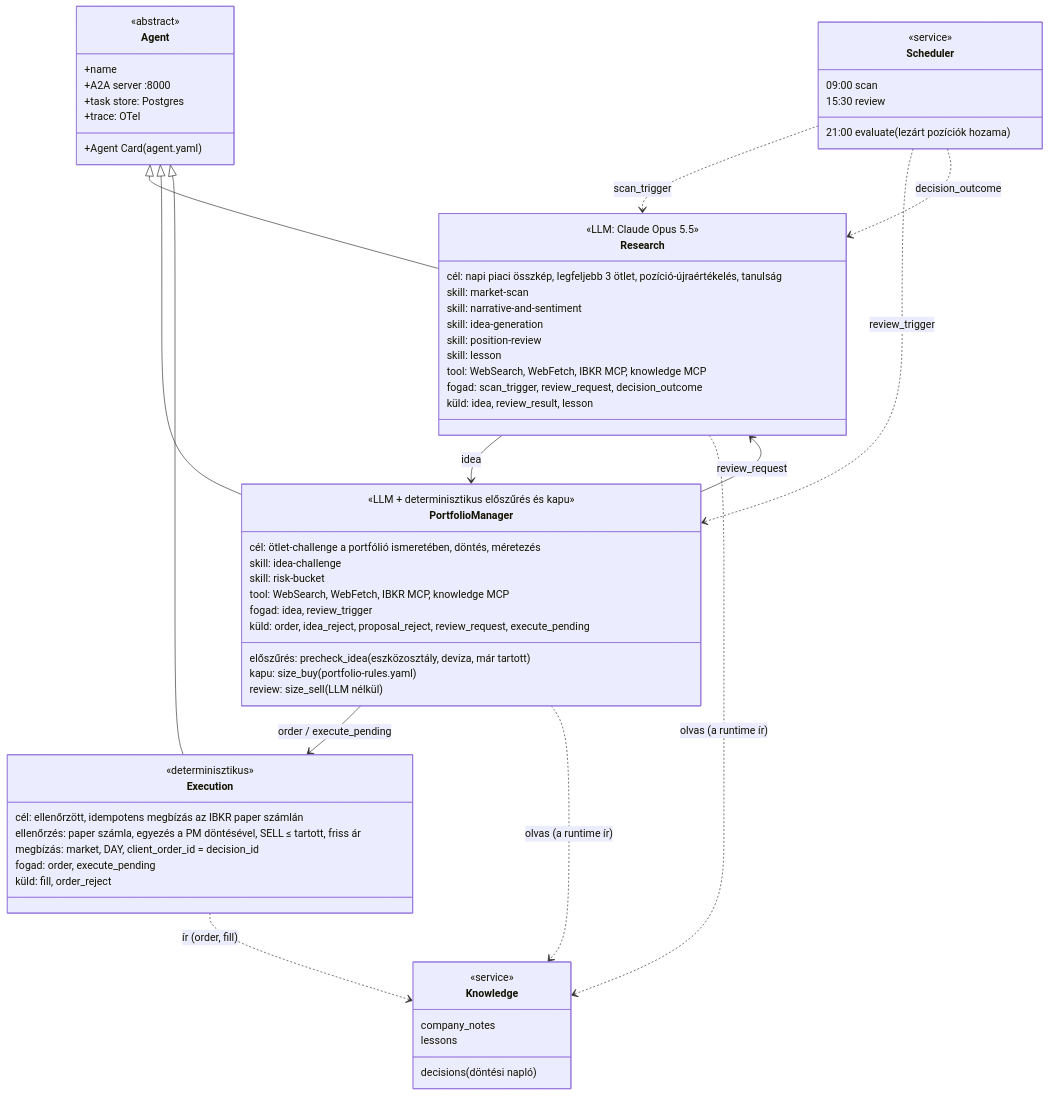
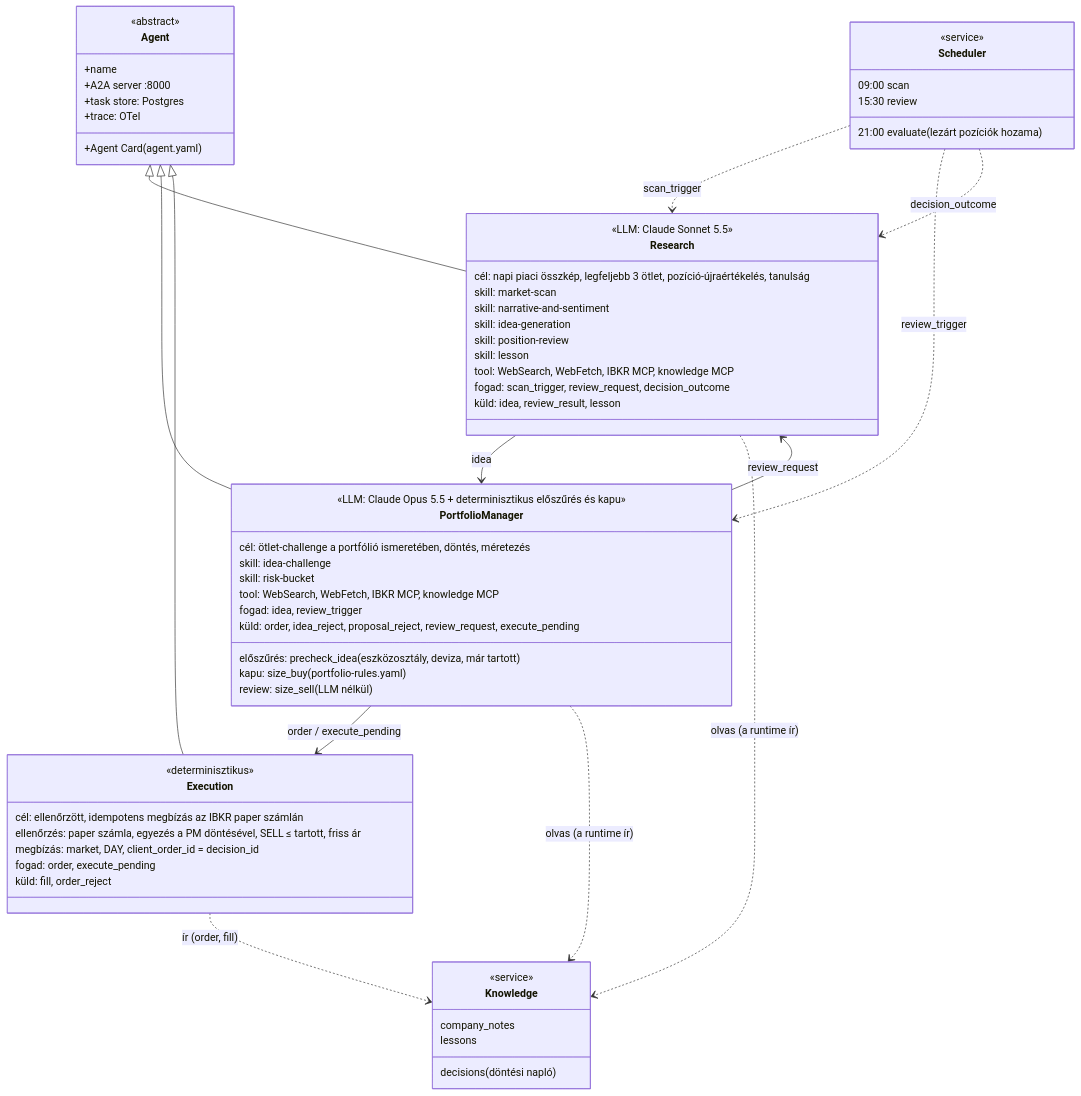
One commit to medovarszki/auxin-agentic-investment-organization changed the second of 5 diagrams in README.md. Above: the diagram before and after it, drawn with Mermaid. The commit also changed other lines of this file and 14 other files, not shown here.

````diff
--- a/README.md
+++ b/README.md
@@ -93,76 +93,76 @@
 ```mermaid
 classDiagram
     direction TB
 
     class Agent {
         <<abstract>>
         +name
         +A2A server :8000
         +Agent Card (agent.yaml)
         +task store: Postgres
         +trace: OTel
     }
 
     class Research {
-        <<LLM: Claude Opus 5.5>>
+        <<LLM: Claude Sonnet 5.5>>
         cél: napi piaci összkép, legfeljebb 3 ötlet, pozíció-újraértékelés, tanulság
         skill: market-scan
         skill: narrative-and-sentiment
         skill: idea-generation
         skill: position-review
         skill: lesson
         tool: WebSearch, WebFetch, IBKR MCP, knowledge MCP
         fogad: scan_trigger, review_request, decision_outcome
         küld: idea, review_result, lesson
     }
 
     class PortfolioManager {
-        <<LLM + determinisztikus előszűrés és kapu>>
+        <<LLM: Claude Opus 5.5 + determinisztikus előszűrés és kapu>>
         cél: ötlet-challenge a portfólió ismeretében, döntés, méretezés
         előszűrés: precheck_idea (eszközosztály, deviza, már tartott)
         skill: idea-challenge
         skill: risk-bucket
         kapu: size_buy (portfolio-rules.yaml)
         review: size_sell (LLM nélkül)
         tool: WebSearch, WebFetch, IBKR MCP, knowledge MCP
         fogad: idea, review_trigger
         küld: order, idea_reject, proposal_reject, review_request, execute_pending
     }
 
     class Execution {
         <<determinisztikus>>
         cél: ellenőrzött, idempotens megbízás az IBKR paper számlán
         ellenőrzés: paper számla, egyezés a PM döntésével, SELL ≤ tartott, friss ár
         megbízás: market, DAY, client_order_id = decision_id
         fogad: order, execute_pending
         küld: fill, order_reject
     }
 
     class Scheduler {
         <<service>>
         09:00 scan
         15:30 review
         21:00 evaluate (lezárt pozíciók hozama)
     }
 
     class Knowledge {
         <<service>>
         decisions (döntési napló)
         company_notes
         lessons
     }
 
     Agent <|-- Research
     Agent <|-- PortfolioManager
     Agent <|-- Execution
 
     Scheduler ..> Research : scan_trigger
     Scheduler ..> PortfolioManager : review_trigger
     Scheduler ..> Research : decision_outcome
     Research --> PortfolioManager : idea
     PortfolioManager --> Research : review_request
     PortfolioManager --> Execution : order / execute_pending
     Research ..> Knowledge : olvas (a runtime ír)
     PortfolioManager ..> Knowledge : olvas (a runtime ír)
     Execution ..> Knowledge : ír (order, fill)
 ```
````
